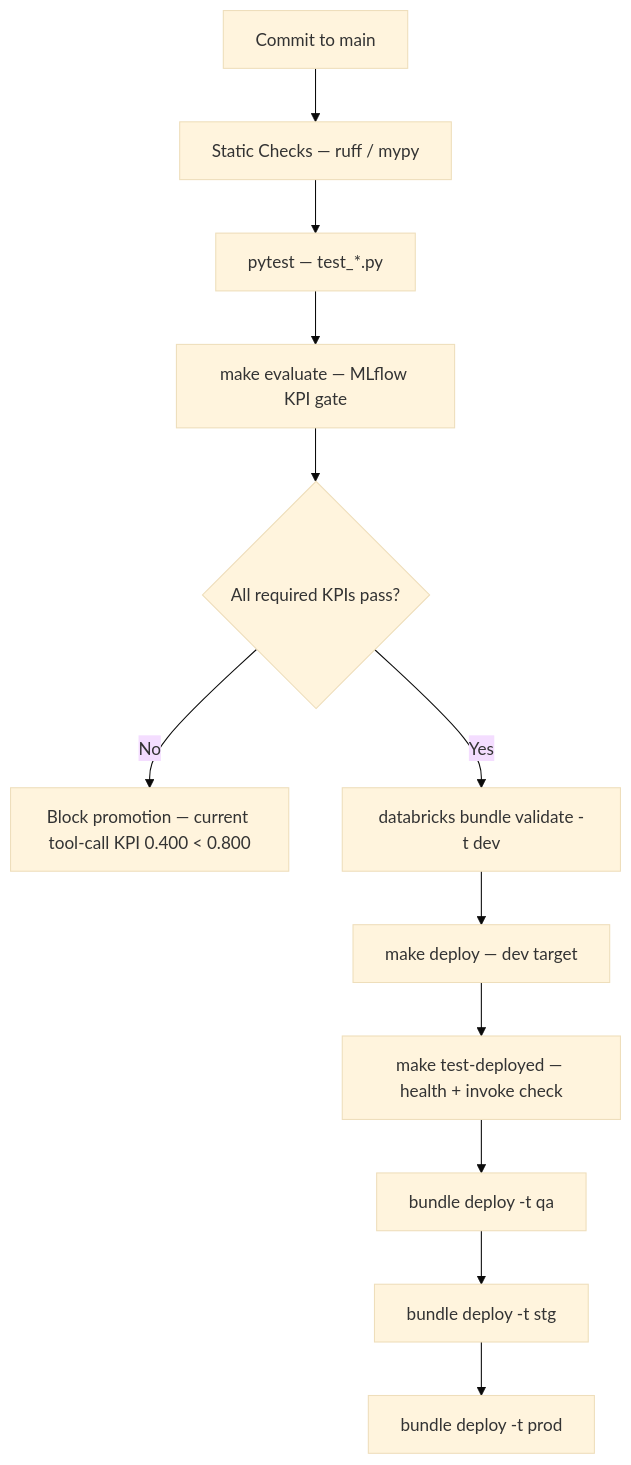
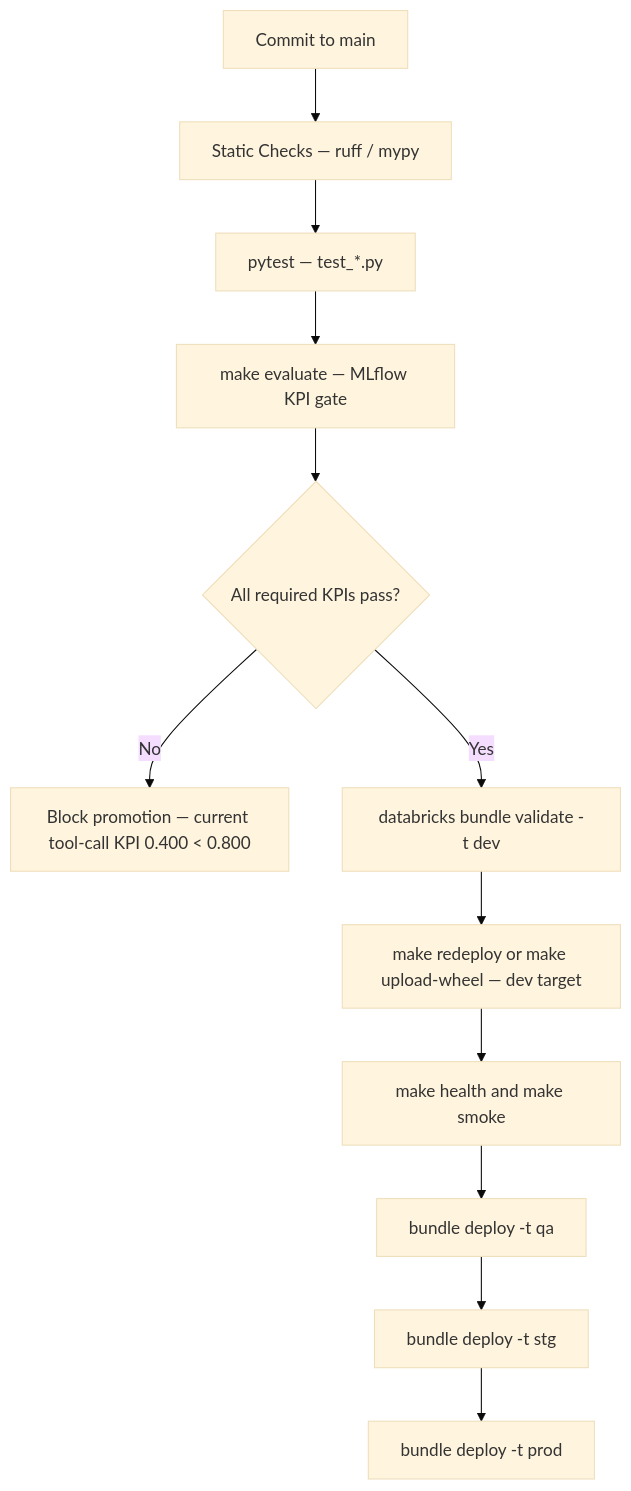
The second of 5 diagrams in docs/architecture/design-artifacts/06-deployment-detailed.md (wchen-dea/Governed-Multi-Agent-Intelligence-on-Databricks), drawn with Mermaid (base theme) before and after one commit. The commit also changed other lines of this file and 14 other files, not shown here.

````diff
--- a/docs/architecture/design-artifacts/06-deployment-detailed.md
+++ b/docs/architecture/design-artifacts/06-deployment-detailed.md
@@ -28,14 +28,14 @@
 ```mermaid
 flowchart TD
     Commit[Commit to main] --> Lint[Static Checks — ruff / mypy]
     Lint --> Unit[pytest — test_*.py]
     Unit --> Eval[make evaluate — MLflow KPI gate]
     Eval --> Decision{All required KPIs pass?}
     Decision -- No --> Block[Block promotion — current tool-call KPI 0.400 < 0.800]
     Decision -- Yes --> Validate[databricks bundle validate -t dev]
-    Validate --> DeployDev[make deploy — dev target]
-    DeployDev --> Smoke[make test-deployed — health + invoke check]
+    Validate --> DeployDev[make redeploy or make upload-wheel — dev target]
+    DeployDev --> Smoke[make health and make smoke]
     Smoke --> DeployQA[bundle deploy -t qa]
     DeployQA --> DeployStg[bundle deploy -t stg]
     DeployStg --> DeployProd[bundle deploy -t prod]
 ```
````
